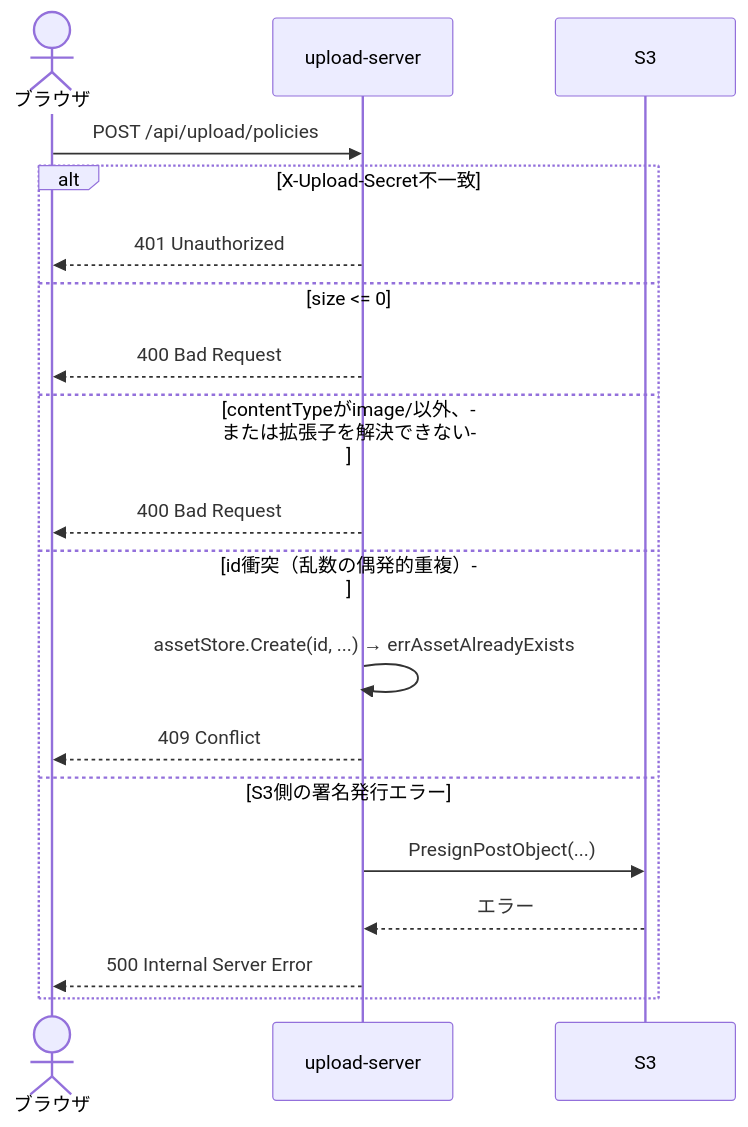
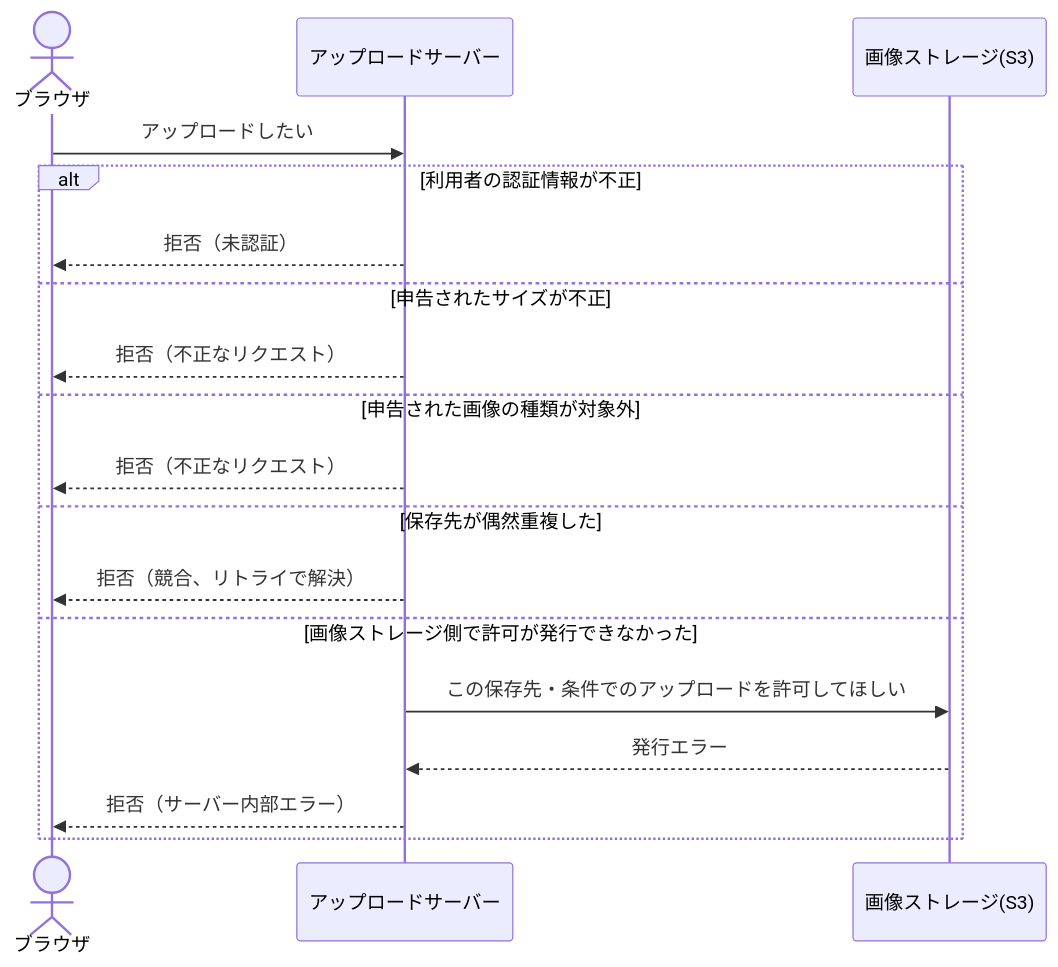
Before and after one commit to tkdn/cloudfront-signed: the second of 4 diagrams in docs/upload-sequence.md, drawn with Mermaid. The commit also changed other lines of this file, not shown here.

First line of the commit message:
docs: rewrite upload sequence diagrams at business level

````diff
--- a/docs/upload-sequence.md
+++ b/docs/upload-sequence.md
@@ -49,22 +49,21 @@
 ```mermaid
 sequenceDiagram
     actor User as ブラウザ
-    participant Server as upload-server
-    participant S3
+    participant Server as アップロードサーバー
+    participant Storage as 画像ストレージ(S3)
 
-    User->>Server: POST /api/upload/policies
-    alt X-Upload-Secret不一致
-        Server-->>User: 401 Unauthorized
-    else size <= 0
-        Server-->>User: 400 Bad Request
-    else contentTypeがimage/以外、または拡張子を解決できない
-        Server-->>User: 400 Bad Request
-    else id衝突（乱数の偶発的重複）
-        Server->>Server: assetStore.Create(id, ...) → errAssetAlreadyExists
-        Server-->>User: 409 Conflict
-    else S3側の署名発行エラー
-        Server->>S3: PresignPostObject(...)
-        S3-->>Server: エラー
-        Server-->>User: 500 Internal Server Error
+    User->>Server: アップロードしたい
+    alt 利用者の認証情報が不正
+        Server-->>User: 拒否（未認証）
+    else 申告されたサイズが不正
+        Server-->>User: 拒否（不正なリクエスト）
+    else 申告された画像の種類が対象外
+        Server-->>User: 拒否（不正なリクエスト）
+    else 保存先が偶然重複した
+        Server-->>User: 拒否（競合、リトライで解決）
+    else 画像ストレージ側で許可が発行できなかった
+        Server->>Storage: この保存先・条件でのアップロードを許可してほしい
+        Storage-->>Server: 発行エラー
+        Server-->>User: 拒否（サーバー内部エラー）
     end
 ```
````
